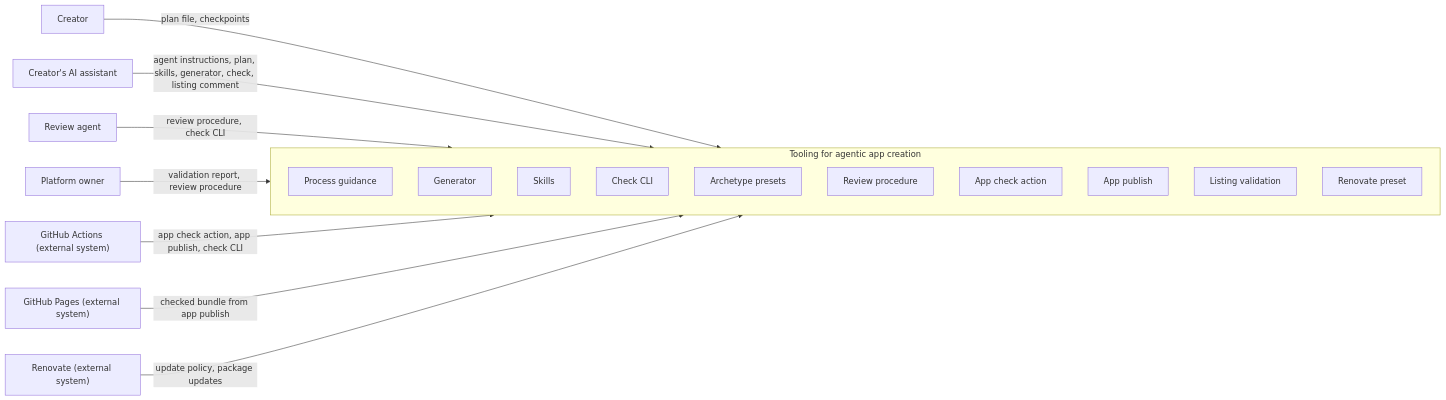
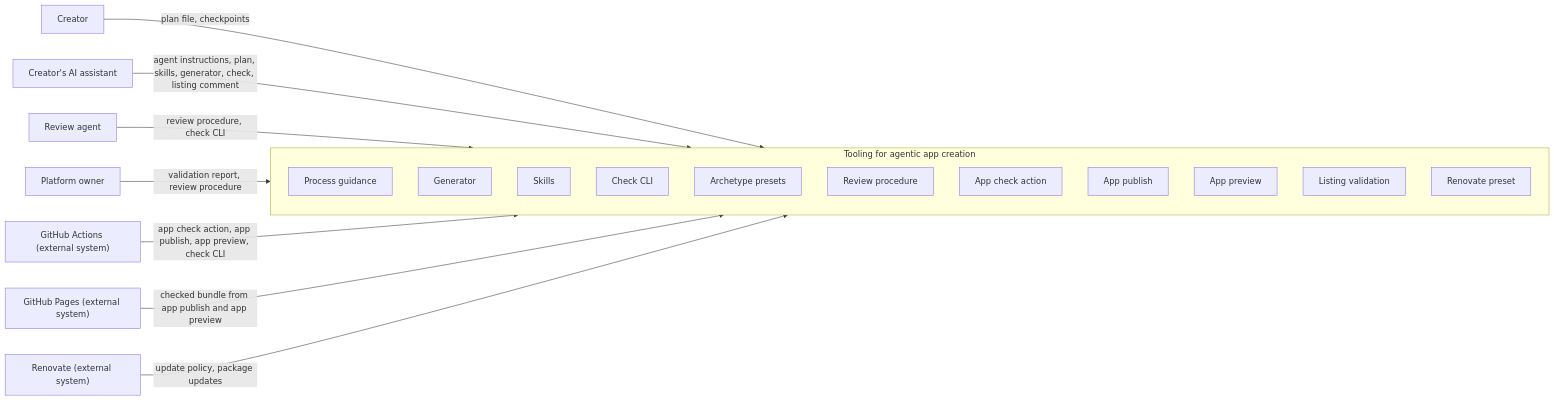
One commit to lernapps/tooling changed the diagram in docs/arc42/03-system-context.arc42.md. Above: the diagram before and after it, drawn with Mermaid. The commit also changed other lines of this file and 14 other files, not shown here.

First line of the commit message:
feat(app): preview a pull request in the real app before it is published

````diff
--- a/docs/arc42/03-system-context.arc42.md
+++ b/docs/arc42/03-system-context.arc42.md
@@ -29,29 +29,30 @@
 ```mermaid
 flowchart LR
     actor-creator["Creator"]
     actor-assistant["Creator's AI assistant"]
     actor-owner["Platform owner"]
     actor-review-agent["Review agent"]
     actor-github-actions["GitHub Actions (external system)"]
     actor-github-pages["GitHub Pages (external system)"]
     actor-renovate["Renovate (external system)"]
     subgraph tooling["Tooling for agentic app creation"]
         bb-process-guidance["Process guidance"]
         bb-generator["Generator"]
         bb-skills["Skills"]
         bb-check-cli["Check CLI"]
         bb-archetypes["Archetype presets"]
         bb-review-procedure["Review procedure"]
         bb-app-check-action["App check action"]
         bb-app-publish["App publish"]
+        bb-app-preview["App preview"]
         bb-listing-validation["Listing validation"]
         bb-renovate-preset["Renovate preset"]
     end
     actor-creator -->|"plan file, checkpoints"| tooling
     actor-assistant -->|"agent instructions, plan, skills, generator, check, listing comment"| tooling
     actor-review-agent -->|"review procedure, check CLI"| tooling
     actor-owner -->|"validation report, review procedure"| tooling
-    actor-github-actions -->|"app check action, app publish, check CLI"| tooling
-    actor-github-pages -->|"checked bundle from app publish"| tooling
+    actor-github-actions -->|"app check action, app publish, app preview, check CLI"| tooling
+    actor-github-pages -->|"checked bundle from app publish and app preview"| tooling
     actor-renovate -->|"update policy, package updates"| tooling
 ```
````
